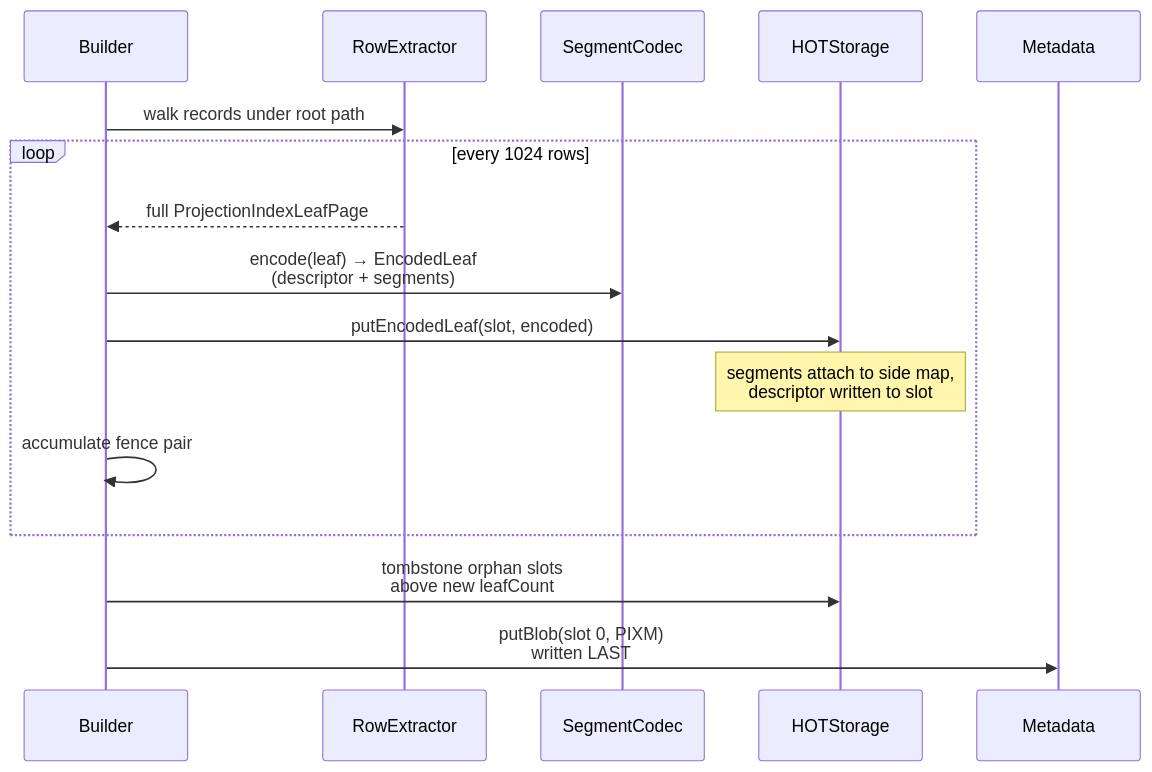
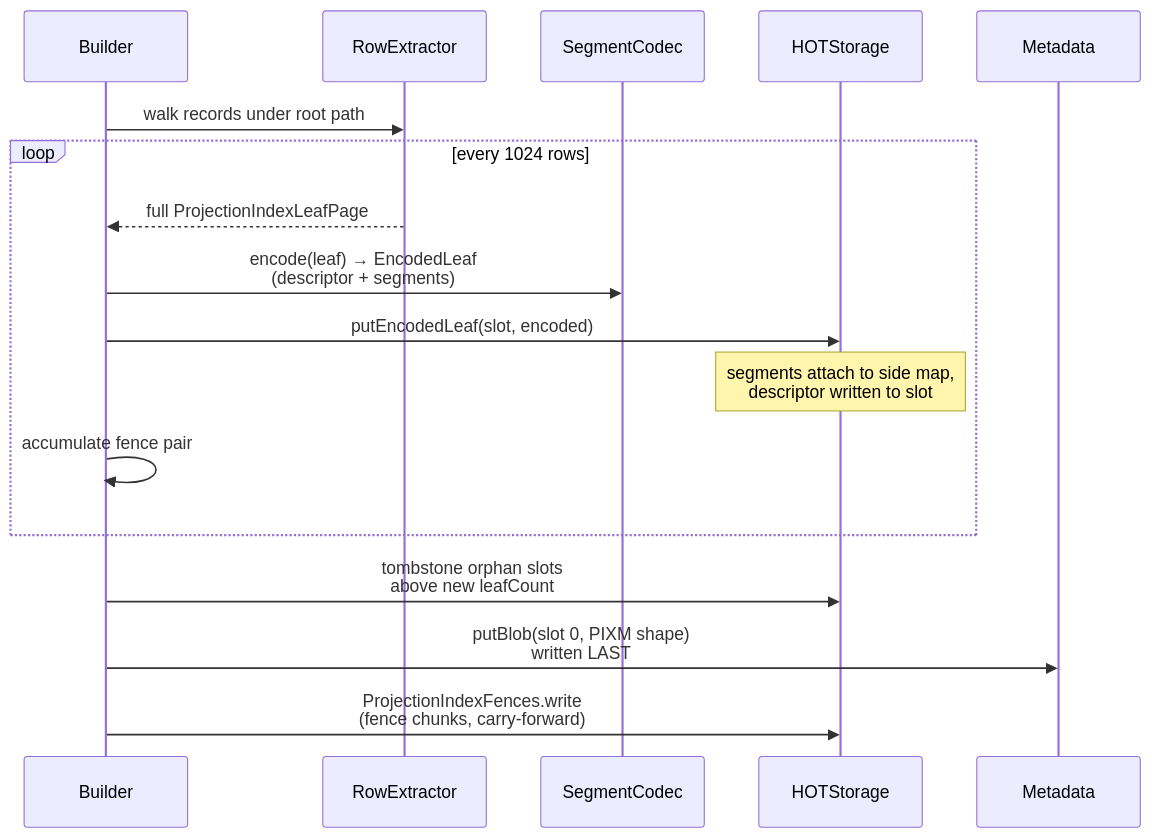
One commit to sirixdb/sirix changed the fifth of 14 diagrams in docs/PROJECTION_INDEX_DEEP_DIVE.md. Above: the diagram before and after it, drawn with Mermaid. The commit also changed other lines of this file and 4 other files, not shown here.

First line of the commit message:
docs: projection storage — fence chunks, inline blobs, sub-slot rationale

````diff
--- a/docs/PROJECTION_INDEX_DEEP_DIVE.md
+++ b/docs/PROJECTION_INDEX_DEEP_DIVE.md
@@ -467,19 +519,20 @@
 ```mermaid
 sequenceDiagram
     participant B as Builder
     participant X as RowExtractor
     participant C as SegmentCodec
     participant S as HOTStorage
     participant M as Metadata
 
     B->>X: walk records under root path
     loop every 1024 rows
         X-->>B: full ProjectionIndexLeafPage
         B->>C: encode(leaf) → EncodedLeaf<br/>(descriptor + segments)
         B->>S: putEncodedLeaf(slot, encoded)
         Note over S: segments attach to side map,<br/>descriptor written to slot
         B->>B: accumulate fence pair
     end
     B->>S: tombstone orphan slots<br/>above new leafCount
-    B->>M: putBlob(slot 0, PIXM)<br/>written LAST
+    B->>M: putBlob(slot 0, PIXM shape)<br/>written LAST
+    B->>S: ProjectionIndexFences.write<br/>(fence chunks, carry-forward)
 ```
````
